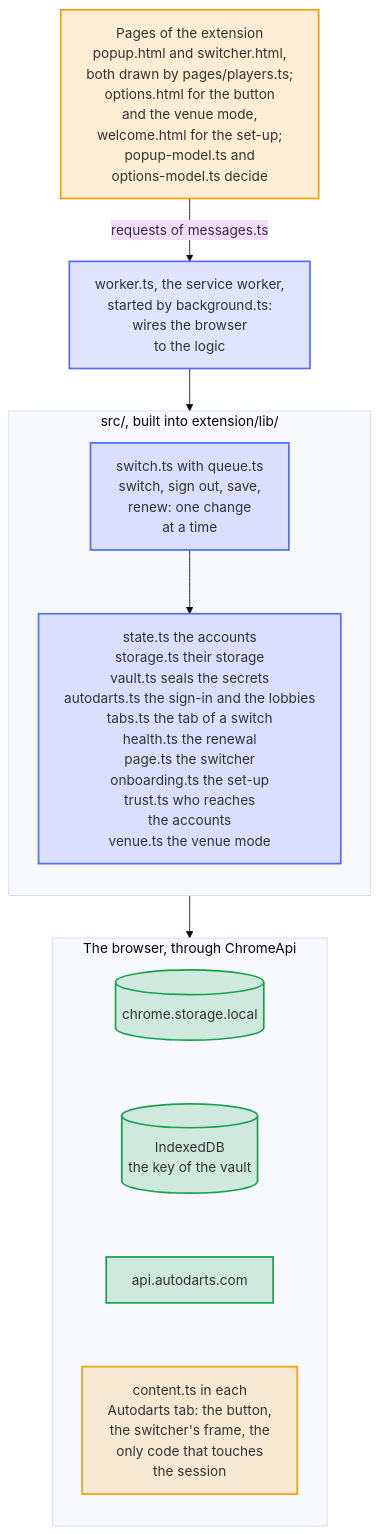
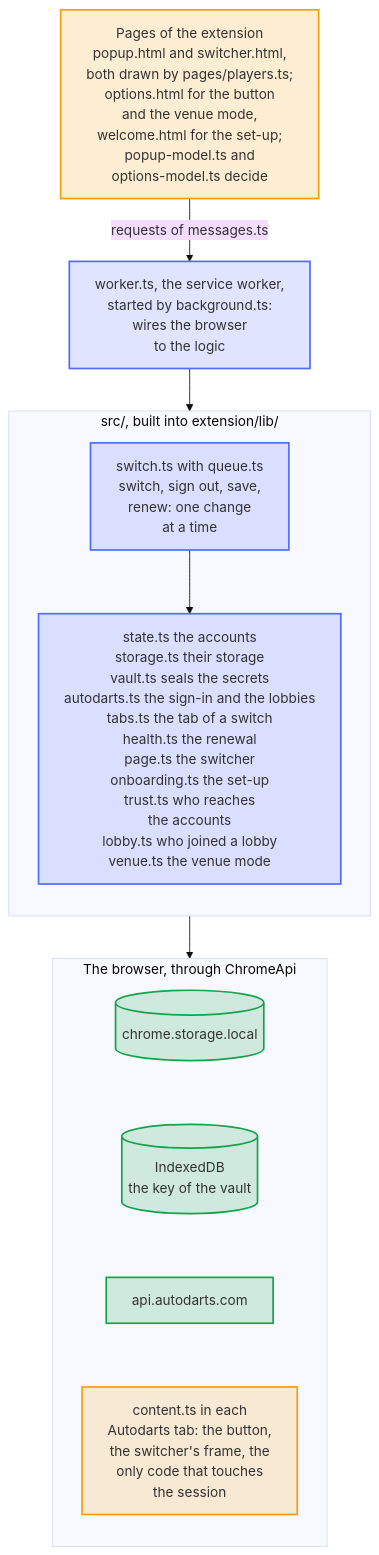
Before and after one commit to Dennis-Otto/player-switch-for-autodarts: the diagram in docs/diagrams/architecture.mmd, drawn with Mermaid (base theme). The commit also changed 55 other files, not shown here.

First line of the commit message:
feat: join the lobby with a parked player from the popup and the switcher (#170)

```diff
--- a/docs/diagrams/architecture.mmd
+++ b/docs/diagrams/architecture.mmd
@@ -1,35 +1,35 @@
 ---
 config:
   flowchart:
     wrappingWidth: 400
 ---
 flowchart TB
     accTitle: How the code is laid out
-    accDescr: Every line that ships is TypeScript in src/, built into extension/lib/; extension/ holds only the manifest, the HTML, the styles, the icons and the texts. The popup and the switcher are pages of the extension that pages/players.ts draws, the options page keeps the settings of the button and of the venue mode, and the welcome page guides the first set-up; what they decide is in popup-model.ts and options-model.ts. They send their requests, typed in messages.ts, to worker.ts, the service worker, which background.ts starts on the real chrome and which wires the browser to the logic. There switch.ts makes every change of the accounts, one at a time through queue.ts, with state.ts for the saved accounts, storage.ts to store them with the version of their format, vault.ts to seal their sessions and passwords, and autodarts.ts for the sign-in service and the game service of Autodarts; tabs.ts picks the Autodarts tab, health.ts plans the renewal and the badge, page.ts decides for the switcher, onboarding.ts for the first set-up and the bug report, trust.ts who may send which request and who may read the storage, and venue.ts the PINs and the return after a break of the venue mode. The worker reaches chrome.storage.local, the IndexedDB of the key, api.autodarts.com and the content script only through ChromeApi, the typed port that background.ts fills with the real chrome and a test with a fake one. content.ts runs in each Autodarts tab as a classic script, shows the button and the frame of the switcher, and is the only code that reads or writes the session of the page.
+    accDescr: Every line that ships is TypeScript in src/, built into extension/lib/; extension/ holds only the manifest, the HTML, the styles, the icons and the texts. The popup and the switcher are pages of the extension that pages/players.ts draws, the options page keeps the settings of the button and of the venue mode, and the welcome page guides the first set-up; what they decide is in popup-model.ts and options-model.ts. They send their requests, typed in messages.ts, to worker.ts, the service worker, which background.ts starts on the real chrome and which wires the browser to the logic. There switch.ts makes every change of the accounts, one at a time through queue.ts, with state.ts for the saved accounts, storage.ts to store them with the version of their format, vault.ts to seal their sessions and passwords, and autodarts.ts for the sign-in service and the game service of Autodarts; tabs.ts picks the Autodarts tab, health.ts plans the renewal and the badge, page.ts decides for the switcher, onboarding.ts for the first set-up and the bug report, trust.ts who may send which request and who may read the storage, lobby.ts who joined which lobby, and venue.ts the PINs and the return after a break of the venue mode. The worker reaches chrome.storage.local, the IndexedDB of the key, api.autodarts.com and the content script only through ChromeApi, the typed port that background.ts fills with the real chrome and a test with a fake one. content.ts runs in each Autodarts tab as a classic script, shows the button and the frame of the switcher, and is the only code that reads or writes the session of the page.
 
     pages["Pages of the extension<br>popup.html and switcher.html,<br>both drawn by pages/players.ts;<br>options.html for the button<br>and the venue mode,<br>welcome.html for the set-up;<br>popup-model.ts and<br>options-model.ts decide"]
     worker["worker.ts, the service worker,<br>started by background.ts:<br>wires the browser<br>to the logic"]
     subgraph lib ["src/, built into extension/lib/"]
         direction TB
         switch["switch.ts with queue.ts<br>switch, sign out, save,<br>renew: one change<br>at a time"]
-        parts["state.ts the accounts<br>storage.ts their storage<br>vault.ts seals the secrets<br>autodarts.ts the sign-in and the lobbies<br>tabs.ts the tab of a switch<br>health.ts the renewal<br>page.ts the switcher<br>onboarding.ts the set-up<br>trust.ts who reaches<br>the accounts<br>venue.ts the venue mode"]
+        parts["state.ts the accounts<br>storage.ts their storage<br>vault.ts seals the secrets<br>autodarts.ts the sign-in and the lobbies<br>tabs.ts the tab of a switch<br>health.ts the renewal<br>page.ts the switcher<br>onboarding.ts the set-up<br>trust.ts who reaches<br>the accounts<br>lobby.ts who joined a lobby<br>venue.ts the venue mode"]
         switch --> parts
     end
     subgraph ports ["The browser, through ChromeApi"]
         direction TB
         storage[("chrome.storage.local")]
         keys[("IndexedDB<br>the key of the vault")]
         api["api.autodarts.com"]
         content["content.ts in each<br>Autodarts tab: the button,<br>the switcher's frame, the<br>only code that touches<br>the session"]
         storage ~~~ keys ~~~ api ~~~ content
     end
 
     pages -- "requests of messages.ts" --> worker --> lib
     lib --> ports
 
     classDef bot fill:#526cfe2e,stroke:#526cfe,stroke-width:2px
     classDef done fill:#16a34a2e,stroke:#16a34a,stroke-width:2px
     classDef person fill:#f59e0b2e,stroke:#f59e0b,stroke-width:2px
     class pages,content person
     class worker,switch,parts bot
     class storage,keys,api done
```
